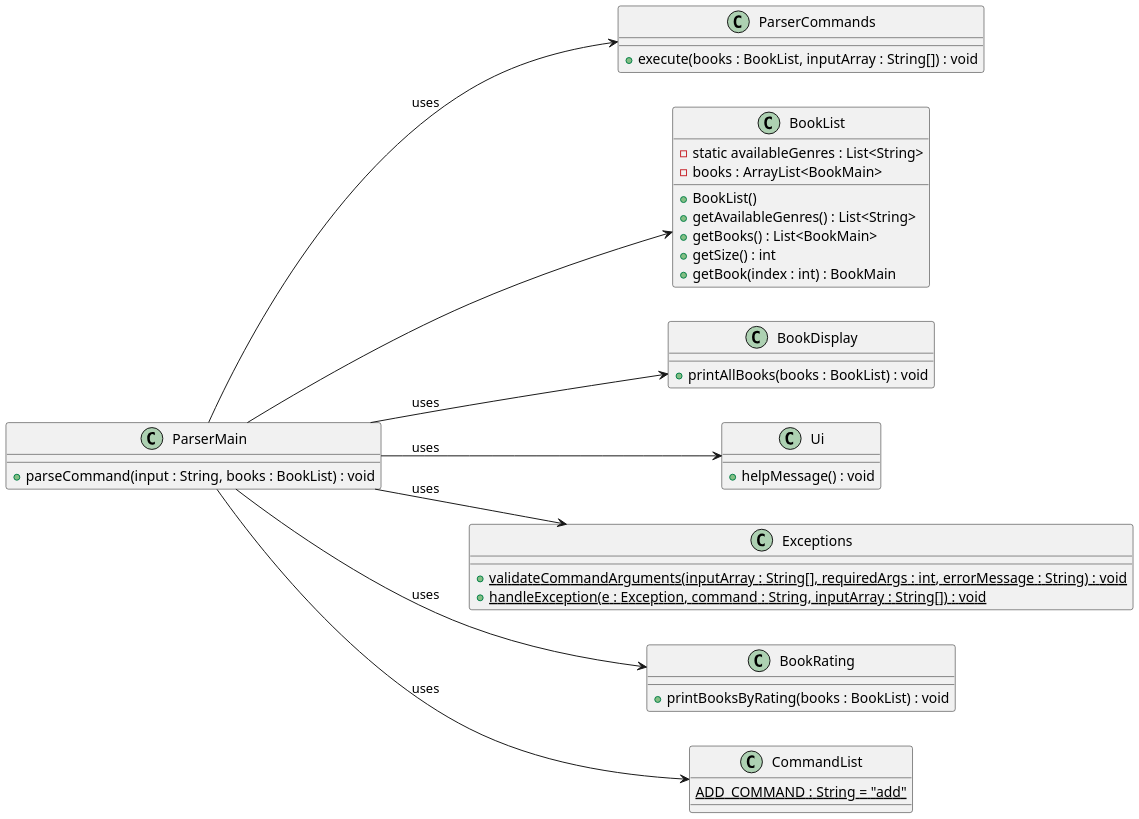
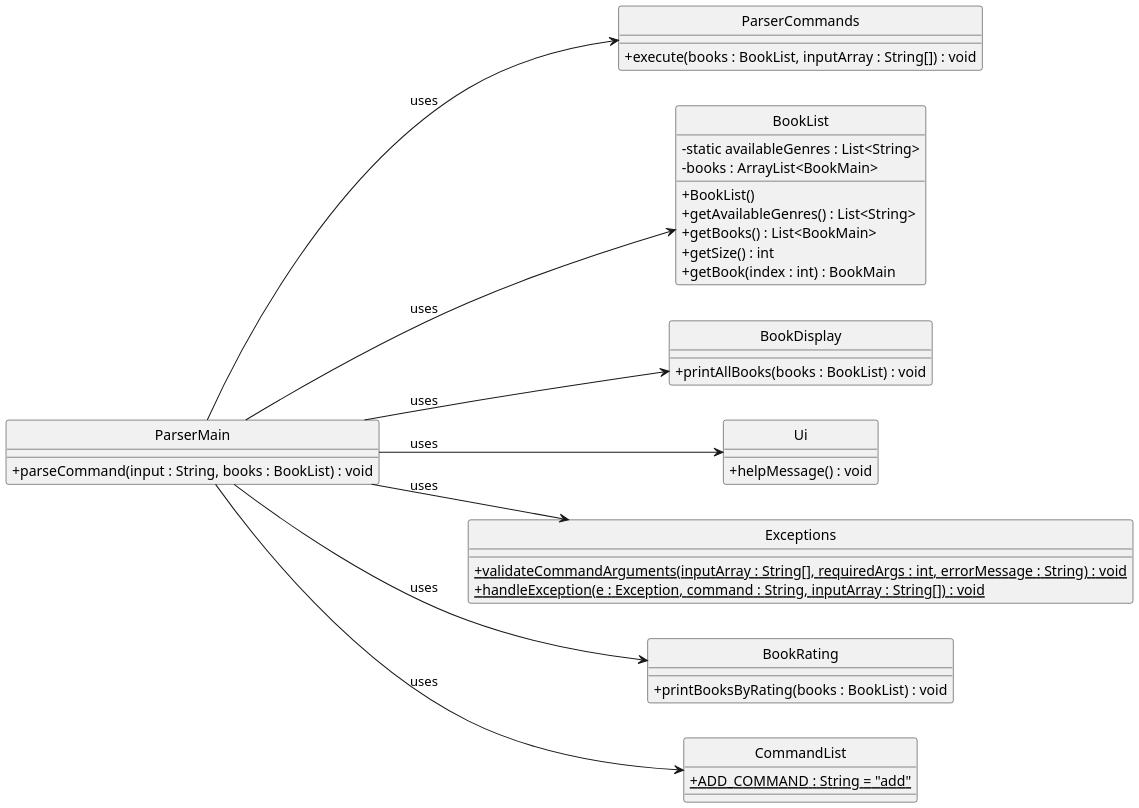
The diagram in docs/UML_Files/ParserMain.puml (AY2324S2-CS2113-F15-4/tp), drawn with PlantUML before and after one commit. The commit also changed 6 other files, not shown here.

```diff
--- a/docs/UML_Files/ParserMain.puml
+++ b/docs/UML_Files/ParserMain.puml
@@ -1,50 +1,53 @@
 @startuml
+hide circle
+skinparam classAttributeIconSize 0
+left to right direction
 scale 2000 * 1500
-left to right direction
+
 class ParserMain {
     +parseCommand(input : String, books : BookList) : void
 }
 
 class ParserCommands {
     +execute(books : BookList, inputArray : String[]) : void
 }
 
 class BookList {
     - static availableGenres : List<String>
     - books : ArrayList<BookMain>
     +BookList()
     +getAvailableGenres() : List<String>
     +getBooks() : List<BookMain>
     +getSize() : int
     +getBook(index : int) : BookMain
 }
 
 class BookDisplay {
     +printAllBooks(books : BookList) : void
 }
 
 class Ui {
     +helpMessage() : void
 }
 
 class Exceptions {
     {static} +validateCommandArguments(inputArray : String[], requiredArgs : int, errorMessage : String) : void
     {static} +handleException(e : Exception, command : String, inputArray : String[]) : void
 }
 
 class BookRating {
     +printBooksByRating(books : BookList) : void
 }
 
 class CommandList {
-    {static} ADD_COMMAND : String = "add"
+    {static} +ADD_COMMAND : String = "add"
 }
 
 ParserMain --> ParserCommands : uses
-ParserMain --> BookList
+ParserMain --> BookList : uses
 ParserMain --> BookDisplay : uses
 ParserMain --> Ui : uses
 ParserMain --> Exceptions : uses
 ParserMain --> BookRating : uses
 ParserMain --> CommandList : uses
 @enduml
```
